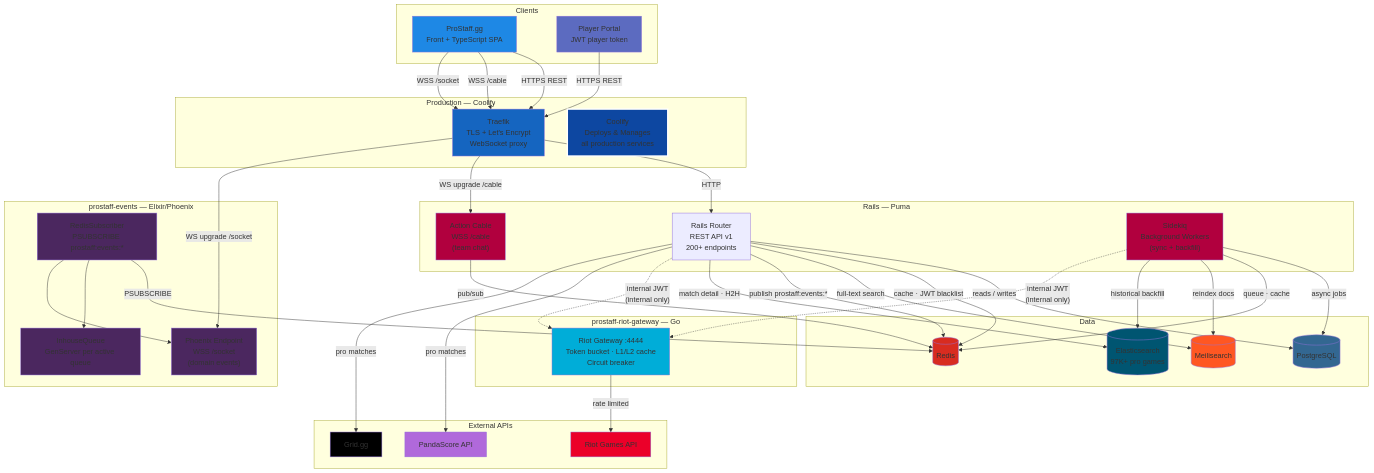
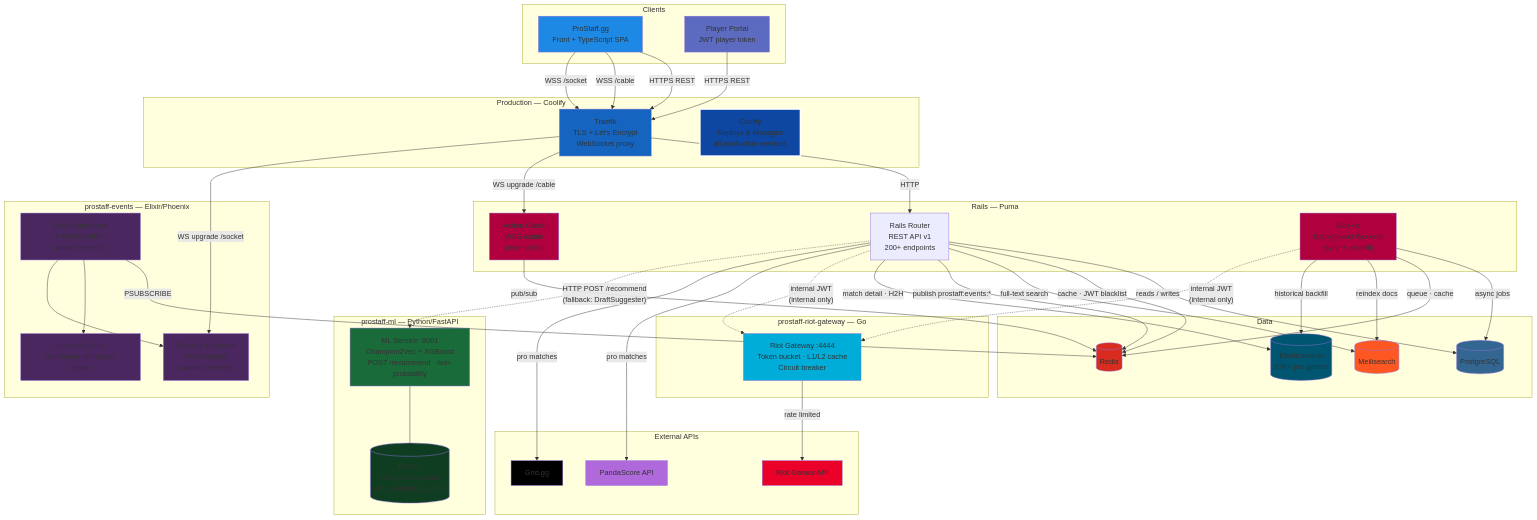
One commit to Bulletdev/prostaff-api changed the second of 2 diagrams in README.md. Above: the diagram before and after it, drawn with Mermaid. The commit also changed other lines of this file, not shown here.

Commit message:
docs: update to insert ML service

````diff
--- a/README.md
+++ b/README.md
@@ -1218,6 +1265,11 @@
 
     subgraph "prostaff-riot-gateway — Go"
         Gateway["Riot Gateway :4444<br/>Token bucket · L1/L2 cache<br/>Circuit breaker"]
+    end
+
+    subgraph "prostaff-ml — Python/FastAPI"
+        MlService["ML Service :8001<br/>Champion2Vec + XGBoost<br/>POST /recommend · /win-probability"]
+        MlModels[("Models<br/>champion2vec.bin<br/>win_probability_v2.pkl")]
     end
 
     subgraph "Data"
@@ -1266,6 +1318,8 @@
     Gateway -- "rate limited" --> RiotAPI
     Router -- "pro matches" --> PandaScore
     Router -- "pro matches" --> Grid.gg
+    Router -. "HTTP POST /recommend<br/>(fallback: DraftSuggester)" .-> MlService
+    MlService --- MlModels
 
     %% === Estilos ===
     style FrontendApp fill:#1e88e5
@@ -1285,5 +1339,7 @@
     style RiotAPI fill:#eb0029
     style PandaScore fill:#B069DB
     style Grid.gg fill:#000000
+    style MlService fill:#1a6b3a
+    style MlModels fill:#0f3d22
 
 ```
````
